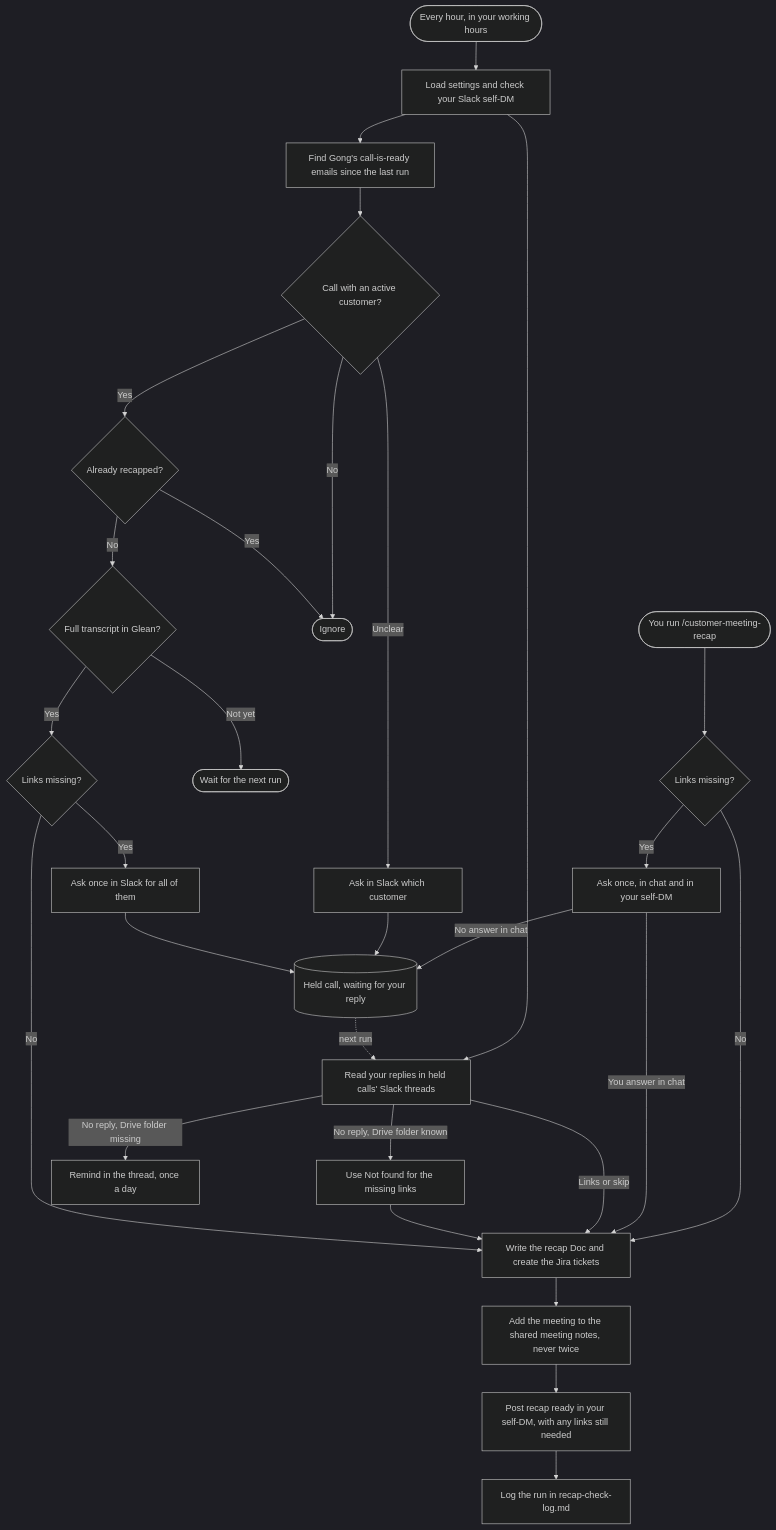
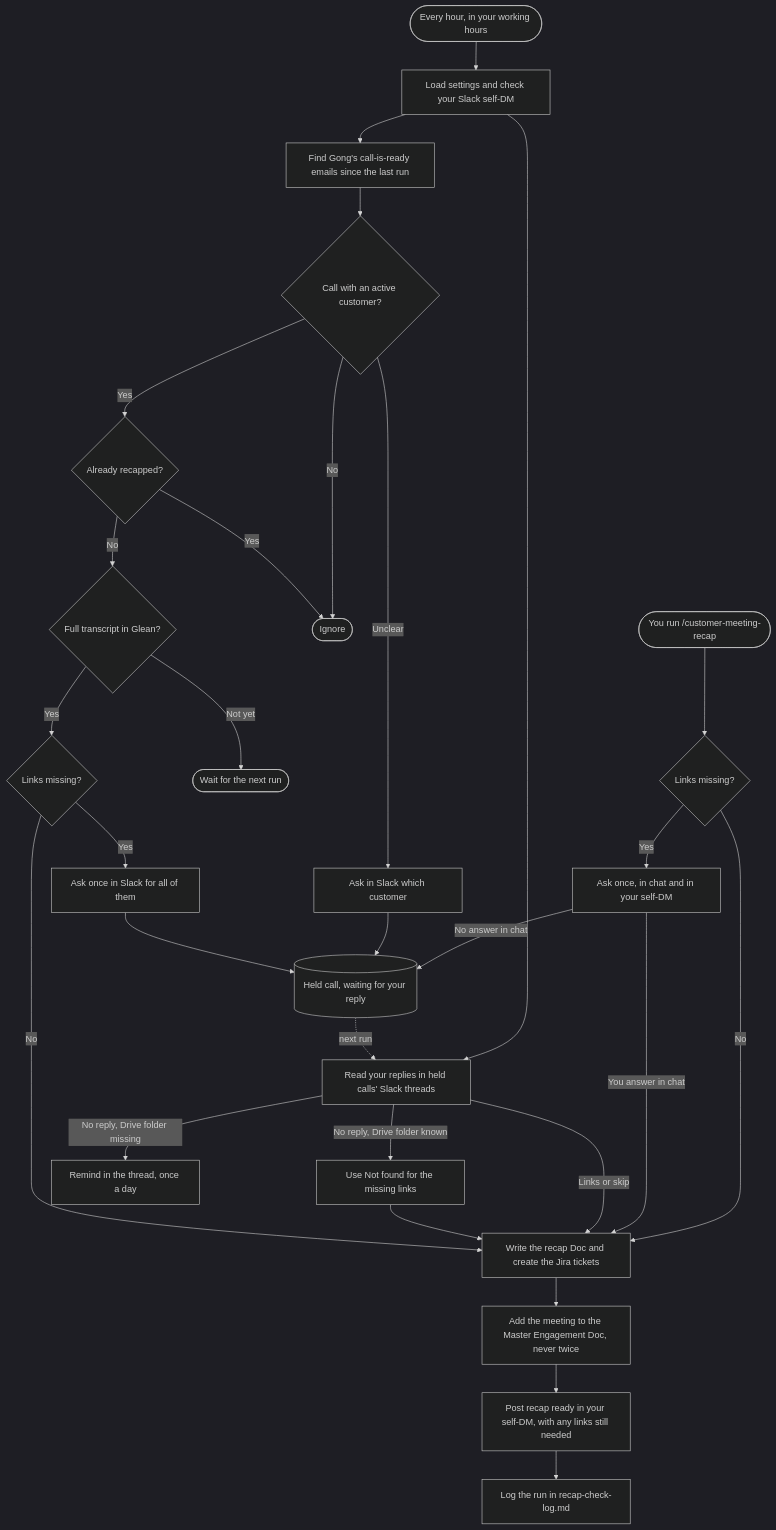
Before and after one commit to maya-sandler/ai-sa-skills: the diagram in README.md, drawn with Mermaid (dark theme). The commit also changed other lines of this file and 1 other file, not shown here.

Commit message:
Name the customer-facing Doc <Customer>-LaunchDarkly Master Engagement Doc

````diff
--- a/README.md
+++ b/README.md
@@ -132,28 +132,28 @@
 ```mermaid
 flowchart TD
     T([Every hour, in your working hours]) --> S[Load settings and check your Slack self-DM]
     M([You run /customer-meeting-recap]) --> MA{Links missing?}
     MA -- No --> R
     MA -- Yes --> MQ[Ask once, in chat and in your self-DM]
     MQ -- You answer in chat --> R
     MQ -- No answer in chat --> H
     S --> A[Read your replies in held calls' Slack threads]
     A -- Links or skip --> R
     A -- No reply, Drive folder known --> NF[Use Not found for the missing links] --> R
     A -- No reply, Drive folder missing --> RM[Remind in the thread, once a day]
     S --> E[Find Gong's call-is-ready emails since the last run]
     E --> C{Call with an active customer?}
     C -- No --> X([Ignore])
     C -- Unclear --> Q1[Ask in Slack which customer] --> H
     C -- Yes --> D{Already recapped?}
     D -- Yes --> X
     D -- No --> TR{Full transcript in Glean?}
     TR -- Not yet --> W([Wait for the next run])
     TR -- Yes --> L{Links missing?}
     L -- No --> R
     L -- Yes --> Q2[Ask once in Slack for all of them] --> H[(Held call, waiting for your reply)]
     H -. next run .-> A
-    R[Write the recap Doc and create the Jira tickets] --> SN[Add the meeting to the shared meeting notes, never twice]
+    R[Write the recap Doc and create the Jira tickets] --> SN[Add the meeting to the Master Engagement Doc, never twice]
     SN --> P[Post recap ready in your self-DM, with any links still needed]
     P --> LG[Log the run in recap-check-log.md]
 ```
````
